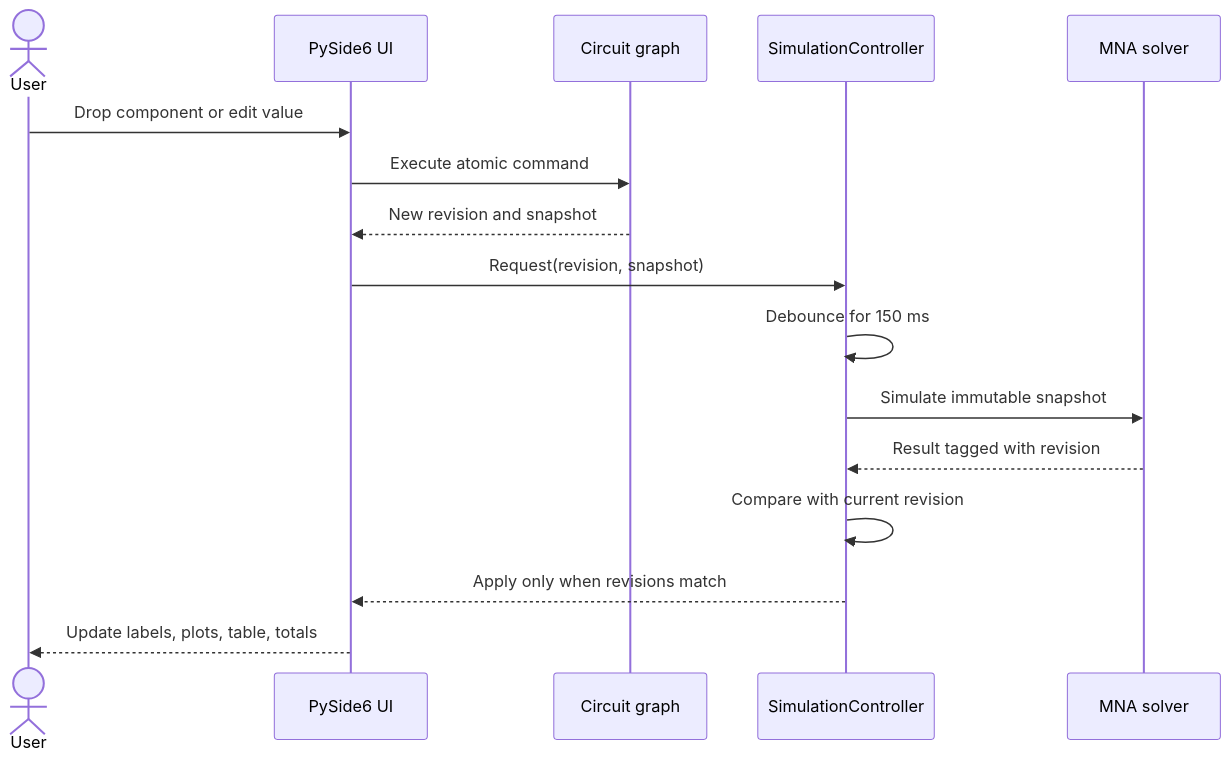
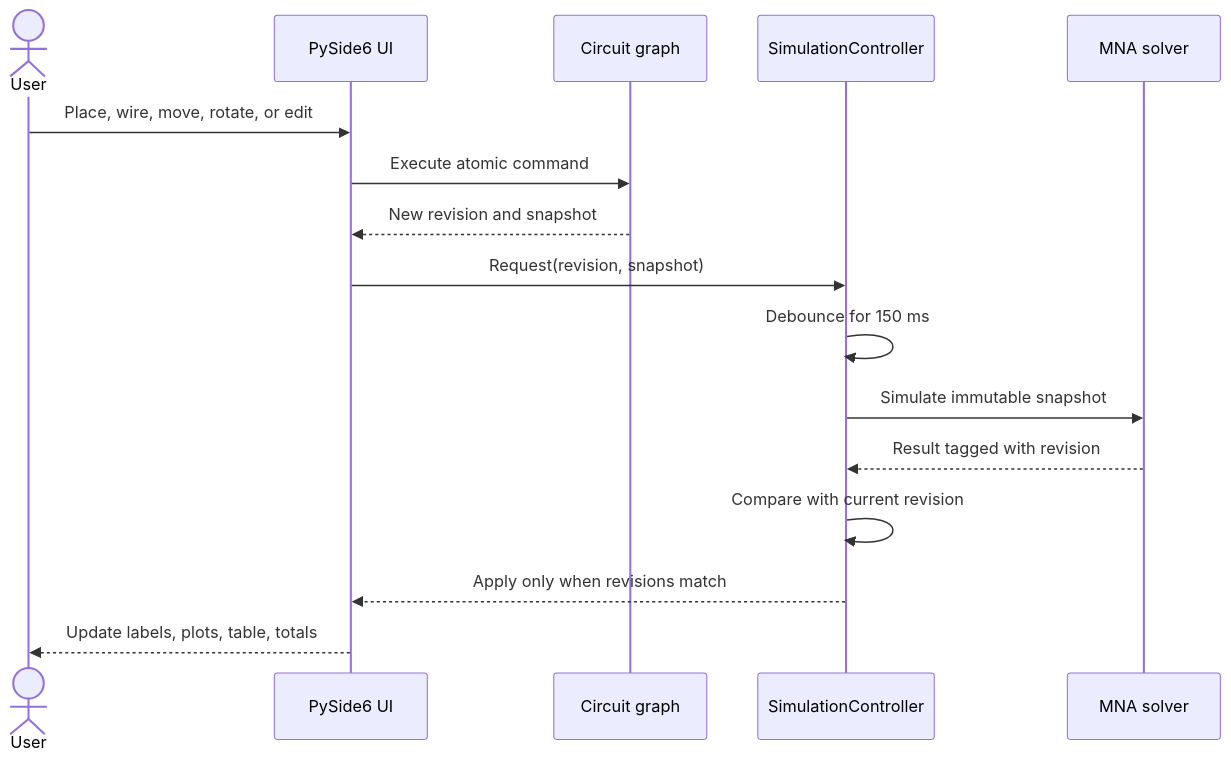
Before and after one commit to lpts1011/CircuitCanvas: the diagram in docs/architecture.md, drawn with Mermaid. The commit also changed other lines of this file and 5 other files, not shown here.

````diff
--- a/docs/architecture.md
+++ b/docs/architecture.md
@@ -18,19 +18,19 @@
 ```mermaid
 sequenceDiagram
     actor User
     participant UI as PySide6 UI
     participant Graph as Circuit graph
     participant Controller as SimulationController
     participant Solver as MNA solver
 
-    User->>UI: Drop component or edit value
+    User->>UI: Place, wire, move, rotate, or edit
     UI->>Graph: Execute atomic command
     Graph-->>UI: New revision and snapshot
     UI->>Controller: Request(revision, snapshot)
     Controller->>Controller: Debounce for 150 ms
     Controller->>Solver: Simulate immutable snapshot
     Solver-->>Controller: Result tagged with revision
     Controller->>Controller: Compare with current revision
     Controller-->>UI: Apply only when revisions match
     UI-->>User: Update labels, plots, table, totals
 ```
````
